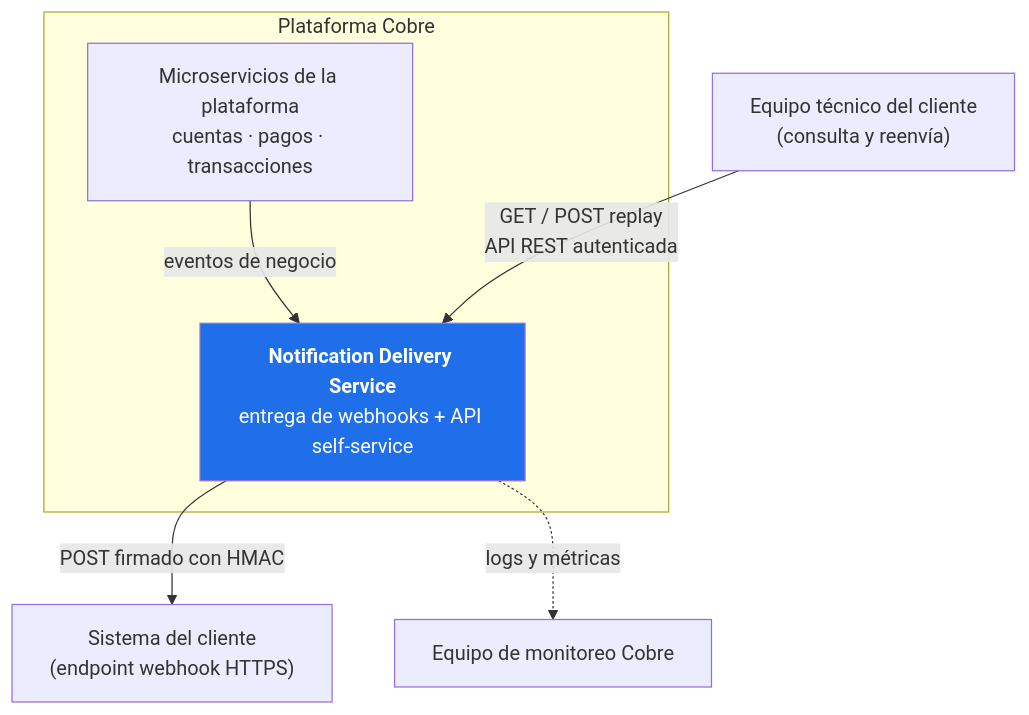
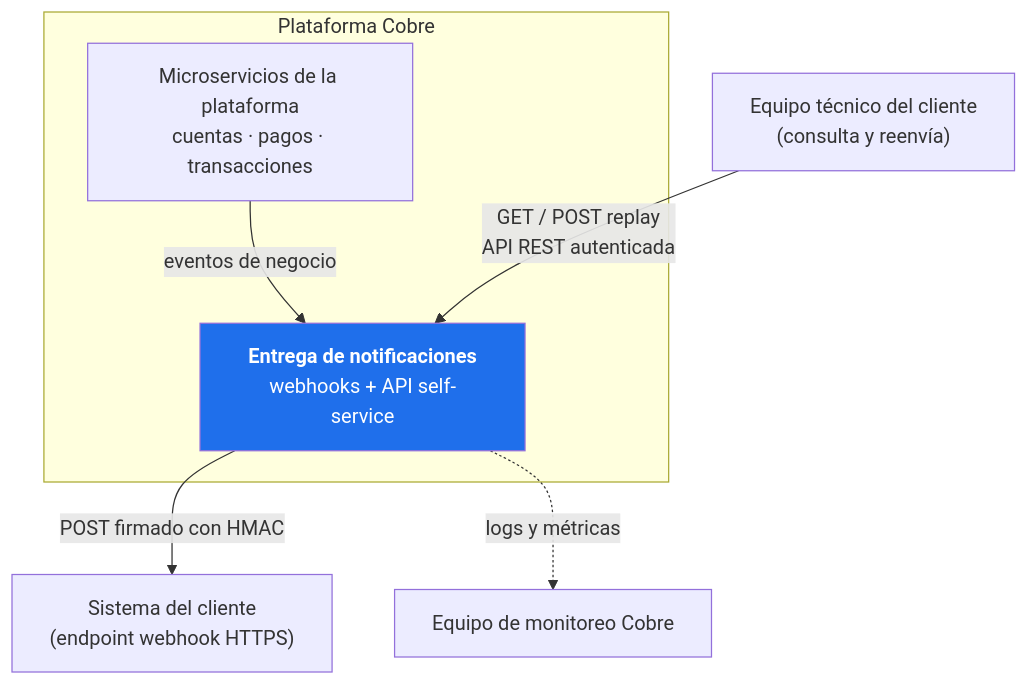
The first of 7 diagrams in docs/01-diseno-del-sistema.md (ssalaza7/cobre-notification-delivery), drawn with Mermaid before and after one commit. The commit also changed other lines of this file and 2 other files, not shown here.

Commit message:
docs: renombra el sistema a cobre-notification-delivery
El sufijo -service sobraba en el nombre del sistema: describe una capacidad, no un
proceso. Se conserva en las carpetas de adentro, donde si distingue lo que se despliega
de lo que viaja dentro.

Los cuadros de los diagramas pasan a 'Entrega de notificaciones', en linea con el resto
de la documentacion.

````diff
--- a/docs/01-diseno-del-sistema.md
+++ b/docs/01-diseno-del-sistema.md
@@ -27,18 +27,18 @@
 ```mermaid
 flowchart TB
     subgraph cobre["Plataforma Cobre"]
         platform["Microservicios de la plataforma<br/>cuentas · pagos · transacciones"]
-        svc["<b>Notification Delivery Service</b><br/>entrega de webhooks + API self-service"]
+        svc["<b>Entrega de notificaciones</b><br/>webhooks + API self-service"]
     end
 
     client_sys["Sistema del cliente<br/>(endpoint webhook HTTPS)"]
     client_dev["Equipo técnico del cliente<br/>(consulta y reenvía)"]
     monitoring["Equipo de monitoreo Cobre"]
 
     platform -- "eventos de negocio" --> svc
     svc -- "POST firmado con HMAC" --> client_sys
     client_dev -- "GET / POST replay<br/>API REST autenticada" --> svc
     svc -. "logs y métricas" .-> monitoring
 
     style svc fill:#1f6feb,color:#fff
 ```
````
